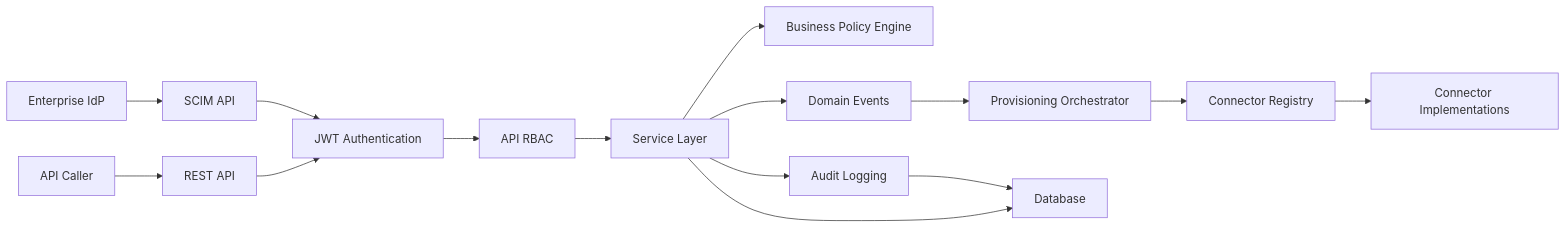
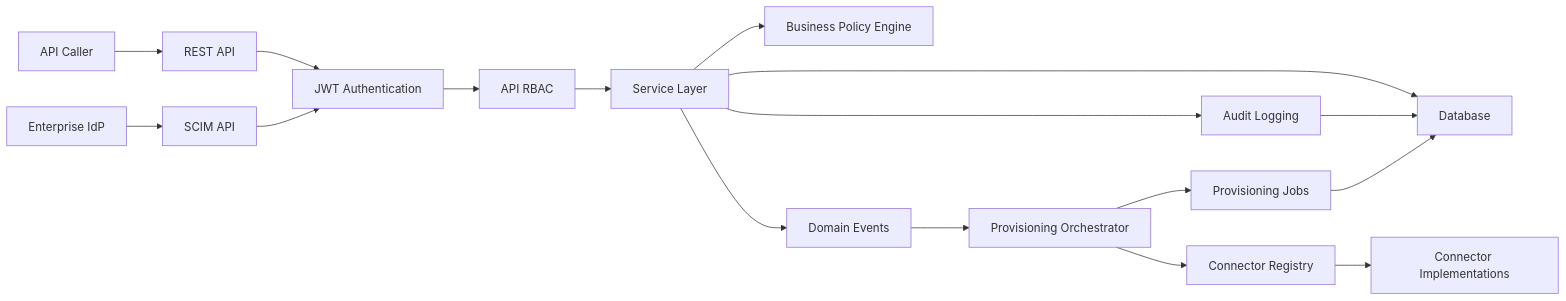
One commit to happelj/accessiq changed the first of 9 diagrams in docs/architecture.md. Above: the diagram before and after it, drawn with Mermaid. The commit also changed other lines of this file and 14 other files, not shown here.

````diff
--- a/docs/architecture.md
+++ b/docs/architecture.md
@@ -7,17 +7,19 @@
 ```mermaid
 flowchart LR
     IdP["Enterprise IdP"] --> SCIM["SCIM API"]
     User["API Caller"] --> REST["REST API"]
     SCIM --> Auth["JWT Authentication"]
     REST --> Auth
     Auth --> RBAC["API RBAC"]
     RBAC --> Services["Service Layer"]
     Services --> Policy["Business Policy Engine"]
     Services --> Audit["Audit Logging"]
     Services --> Events["Domain Events"]
     Events --> Orchestrator["Provisioning Orchestrator"]
+    Orchestrator --> Jobs["Provisioning Jobs"]
     Orchestrator --> Registry["Connector Registry"]
     Registry --> Connectors["Connector Implementations"]
+    Jobs --> DB
     Audit --> DB["Database"]
     Services --> DB
 ```
````
